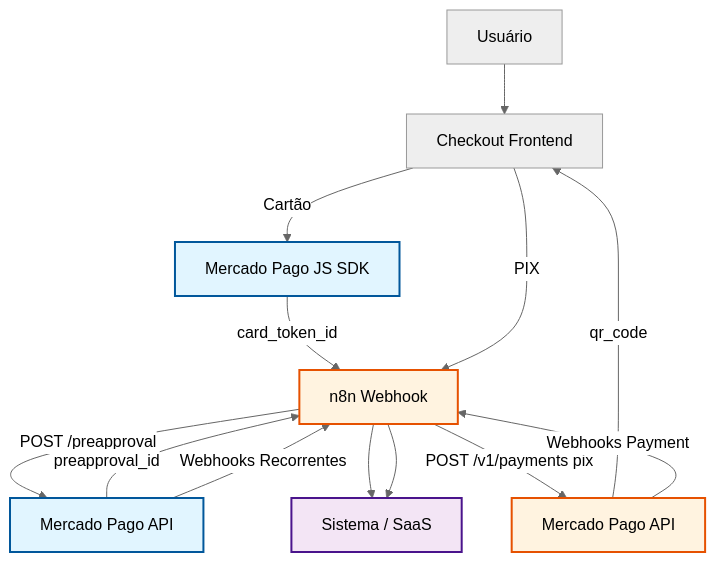
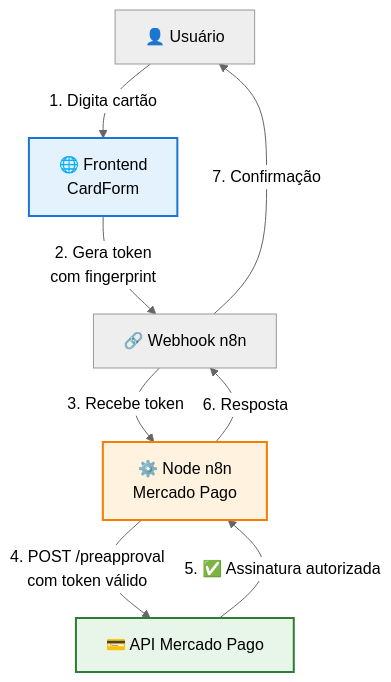
The first of 2 diagrams in docs/DIAGRAMAS_ARQUITETURA.md (eliveutonsouza/n8n-nodes-mercadopago-flow), drawn with Mermaid (neutral theme) before and after one commit. The commit also changed other lines of this file and 31 other files, not shown here.

Commit message:
chore: rename package to n8n-nodes-mercadopago-flow

````diff
--- a/docs/DIAGRAMAS_ARQUITETURA.md
+++ b/docs/DIAGRAMAS_ARQUITETURA.md
@@ -15,28 +17,20 @@
 ```mermaid
 flowchart TD
-    U[Usuário] --> F[Checkout Frontend]
+    USER[👤 Usuário]
+    FRONTEND[🌐 Frontend<br/>CardForm]
+    WEBHOOK[🔗 Webhook n8n]
+    N8N_NODE[⚙️ Node n8n<br/>Mercado Pago]
+    MP_API[💳 API Mercado Pago]
 
-    %% FLUXO CARTÃO
-    F -->|Cartão| MPJS[Mercado Pago JS SDK]
-    MPJS -->|card_token_id| N8N[n8n Webhook]
-    N8N -->|POST /preapproval| MP1[Mercado Pago API]
-    MP1 -->|preapproval_id| N8N
-    MP1 -->|Webhooks Recorrentes| N8N
-    N8N --> SYS[Sistema / SaaS]
+    USER -->|1. Digita cartão| FRONTEND
+    FRONTEND -->|2. Gera token<br/>com fingerprint| WEBHOOK
+    WEBHOOK -->|3. Recebe token| N8N_NODE
+    N8N_NODE -->|4. POST /preapproval<br/>com token válido| MP_API
+    MP_API -->|5. ✅ Assinatura autorizada| N8N_NODE
+    N8N_NODE -->|6. Resposta| WEBHOOK
+    WEBHOOK -->|7. Confirmação| USER
 
-    %% FLUXO PIX
-    F -->|PIX| N8N
-    N8N -->|POST /v1/payments pix| MP2[Mercado Pago API]
-    MP2 -->|qr_code| F
-    MP2 -->|Webhooks Payment| N8N
-    N8N --> SYS
-
-    %% ESTILO
-    classDef cardFlow fill:#e1f5ff,stroke:#01579b,stroke-width:2px
-    classDef pixFlow fill:#fff3e0,stroke:#e65100,stroke-width:2px
-    classDef system fill:#f3e5f5,stroke:#4a148c,stroke-width:2px
-
-    class MPJS,N8N,MP1 cardFlow
-    class N8N,MP2 pixFlow
-    class SYS system
+    style FRONTEND fill:#e3f2fd,stroke:#1976d2,stroke-width:2px
+    style MP_API fill:#e8f5e9,stroke:#2e7d32,stroke-width:2px
+    style N8N_NODE fill:#fff3e0,stroke:#f57c00,stroke-width:2px
 ```
````
